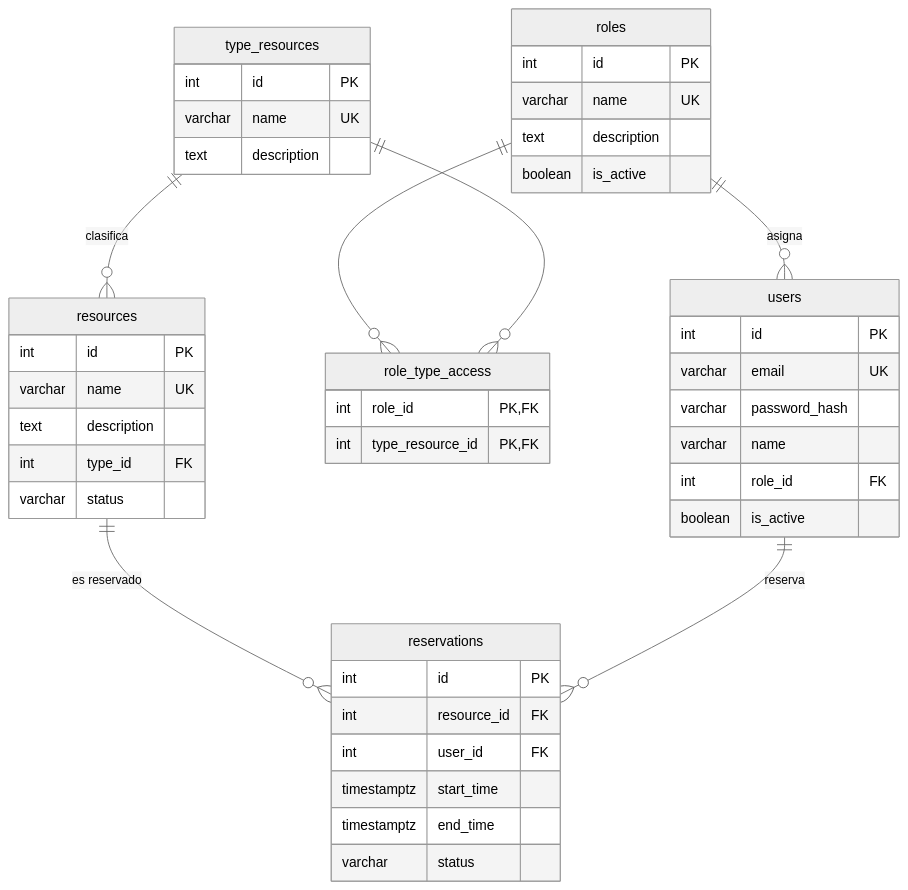
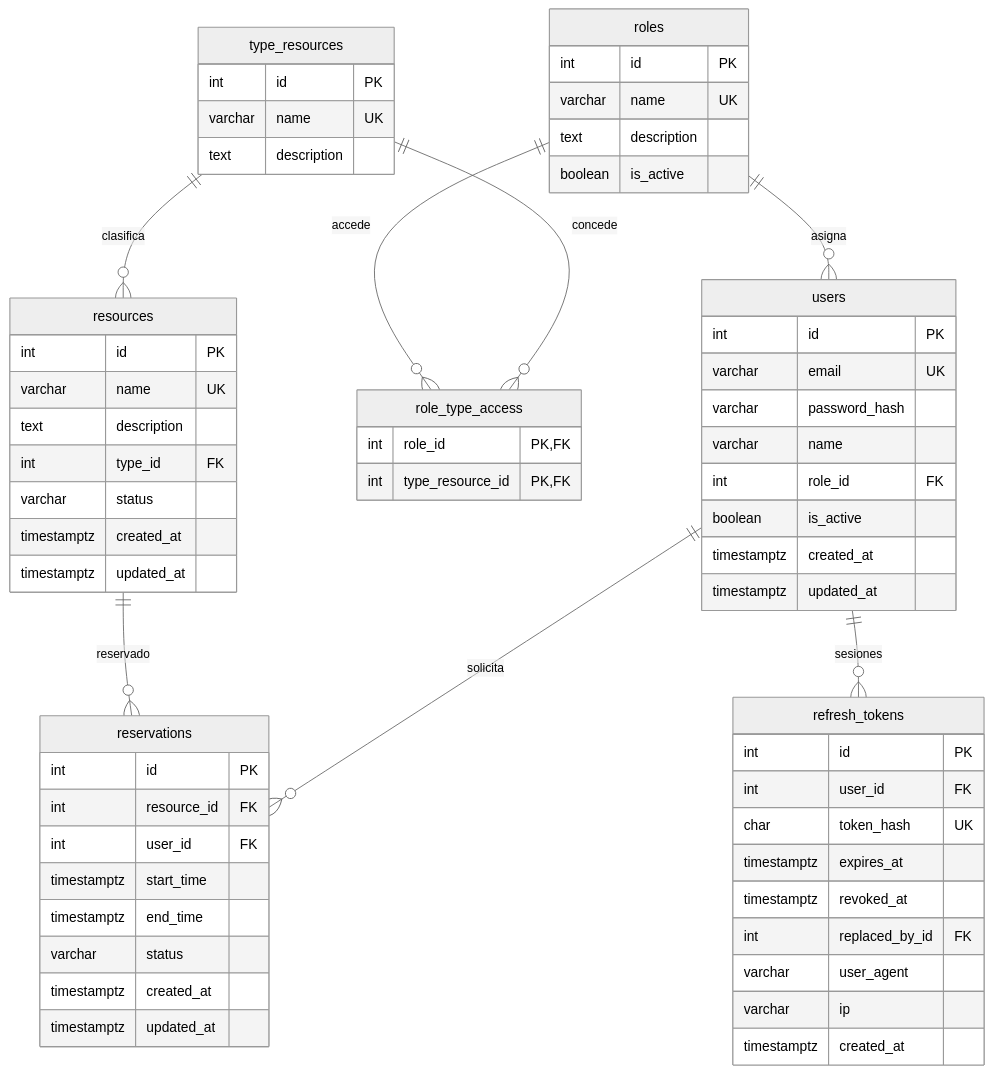
Before and after one commit to jakuco/jorge-eiteck-prueba-tecnica-reservations: the diagram in README.md, drawn with Mermaid (neutral theme). The commit also changed other lines of this file, not shown here.

Commit message:
docs(readme): sesiones JWT (refresh/logout), Swagger/Mermaid, deploy y ajustes de entrega

````diff
--- a/README.md
+++ b/README.md
@@ -174,48 +204,66 @@
 ```mermaid
 erDiagram
     roles ||--o{ users : "asigna"
-    roles ||--o{ role_type_access : ""
-    type_resources ||--o{ role_type_access : ""
+    roles ||--o{ role_type_access : "accede"
+    type_resources ||--o{ role_type_access : "concede"
     type_resources ||--o{ resources : "clasifica"
-    resources ||--o{ reservations : "es reservado"
-    users ||--o{ reservations : "reserva"
+    resources ||--o{ reservations : "reservado"
+    users ||--o{ reservations : "solicita"
+    users ||--o{ refresh_tokens : "sesiones"
 
     roles {
         int id PK
         varchar name UK
         text description
         boolean is_active
     }
     users {
         int id PK
         varchar email UK
         varchar password_hash
         varchar name
         int role_id FK
         boolean is_active
+        timestamptz created_at
+        timestamptz updated_at
     }
     type_resources {
         int id PK
         varchar name UK
         text description
     }
     role_type_access {
         int role_id PK,FK
         int type_resource_id PK,FK
     }
     resources {
         int id PK
         varchar name UK
         text description
         int type_id FK
         varchar status
+        timestamptz created_at
+        timestamptz updated_at
     }
     reservations {
         int id PK
         int resource_id FK
         int user_id FK
         timestamptz start_time
         timestamptz end_time
         varchar status
+        timestamptz created_at
+        timestamptz updated_at
+    }
+    refresh_tokens {
+        int id PK
+        int user_id FK
+        char token_hash UK
+        timestamptz expires_at
+        timestamptz revoked_at
+        int replaced_by_id FK
+        varchar user_agent
+        varchar ip
+        timestamptz created_at
     }
 ```
````
